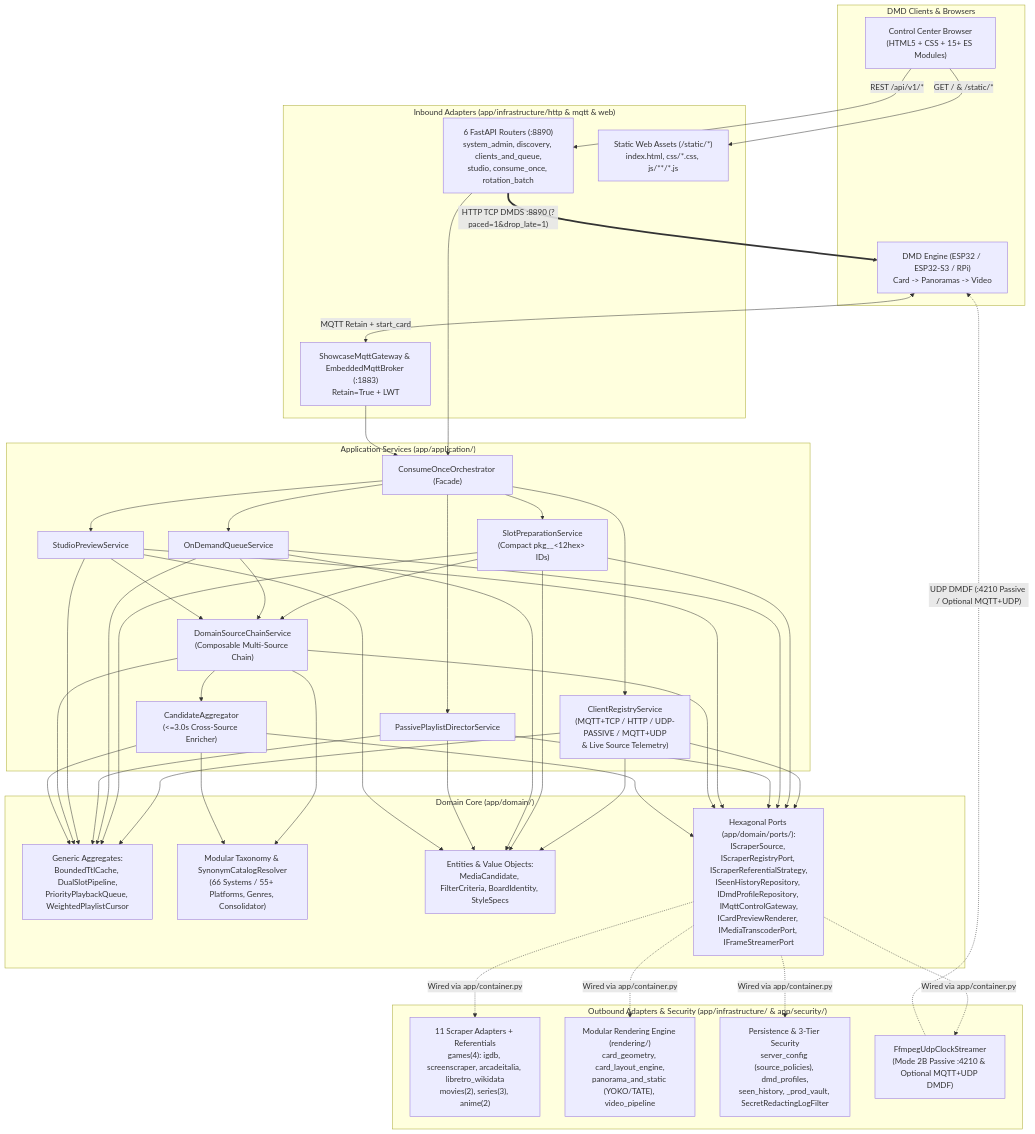
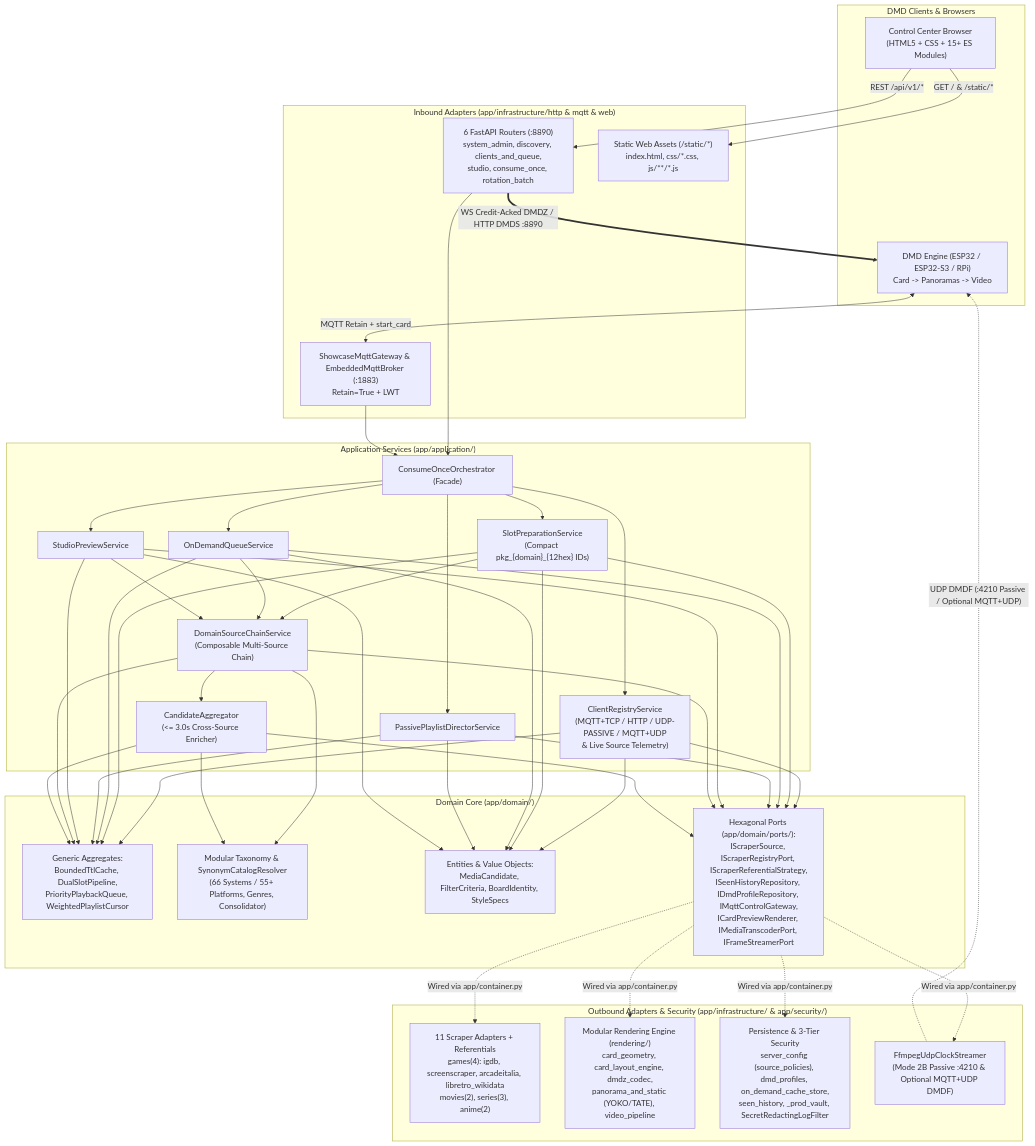
The first of 2 diagrams in docs/ARCHITECTURE.md (red77290/dmd_media_showcase), drawn with Mermaid before and after one commit. The commit also changed other lines of this file and 24 other files, not shown here.

Commit message:
docs(stream): document credit-acked DMDZ v1 WebSocket across OpenAPI, AsyncAPI, and trilingual guides

````diff
--- a/docs/ARCHITECTURE.md
+++ b/docs/ARCHITECTURE.md
@@ -18,52 +18,52 @@
 ```mermaid
 flowchart TD
     subgraph DMD["DMD Clients & Browsers"]
         BROWSER["Control Center Browser\n(HTML5 + CSS + 15+ ES Modules)"]
         ENG["DMD Engine (ESP32 / ESP32-S3 / RPi)\nCard -> Panoramas -> Video"]
     end
 
     subgraph INFRA_IN["Inbound Adapters (app/infrastructure/http & mqtt & web)"]
         ROUTERS["6 FastAPI Routers (:8890)\nsystem_admin, discovery, clients_and_queue,\nstudio, consume_once, rotation_batch"]
         STATIC["Static Web Assets (/static/*)\nindex.html, css/*.css, js/**/*.js"]
         MQTT["ShowcaseMqttGateway & EmbeddedMqttBroker (:1883)\nRetain=True + LWT"]
     end
 
     subgraph APP["Application Services (app/application/)"]
         ORCH["ConsumeOnceOrchestrator (Facade)"]
         REG_SVC["ClientRegistryService\n(MQTT+TCP / HTTP / UDP-PASSIVE / MQTT+UDP\n& Live Source Telemetry)"]
-        PREP_SVC["SlotPreparationService\n(Compact pkg_<domain>_<12hex> IDs)"]
+        PREP_SVC["SlotPreparationService\n(Compact pkg_{domain}_{12hex} IDs)"]
         QUEUE_SVC["OnDemandQueueService"]
         DIR_SVC["PassivePlaylistDirectorService"]
         STUDIO_SVC["StudioPreviewService"]
         CHAIN["DomainSourceChainService\n(Composable Multi-Source Chain)"]
-        AGG_SVC["CandidateAggregator\n(<=3.0s Cross-Source Enricher)"]
+        AGG_SVC["CandidateAggregator\n(<= 3.0s Cross-Source Enricher)"]
     end
 
     subgraph DOMAIN["Domain Core (app/domain/)"]
         AGG["Generic Aggregates:\nBoundedTtlCache, DualSlotPipeline,\nPriorityPlaybackQueue, WeightedPlaylistCursor"]
         TAX["Modular Taxonomy & SynonymCatalogResolver\n(66 Systems / 55+ Platforms, Genres, Consolidator)"]
         VO["Entities & Value Objects:\nMediaCandidate, FilterCriteria, BoardIdentity, StyleSpecs"]
         PORTS["Hexagonal Ports (app/domain/ports/):\nIScraperSource, IScraperRegistryPort, IScraperReferentialStrategy,\nISeenHistoryRepository, IDmdProfileRepository, IMqttControlGateway,\nICardPreviewRenderer, IMediaTranscoderPort, IFrameStreamerPort"]
     end
 
     subgraph INFRA_OUT["Outbound Adapters & Security (app/infrastructure/ & app/security/)"]
         SCRAPERS["11 Scraper Adapters + Referentials\ngames(4): igdb, screenscraper, arcadeitalia, libretro_wikidata\nmovies(2), series(3), anime(2)"]
-        RENDER["Modular Rendering Engine (rendering/)\ncard_geometry, card_layout_engine,\npanorama_and_static (YOKO/TATE), video_pipeline"]
-        PERSIST["Persistence & 3-Tier Security\nserver_config (source_policies), dmd_profiles,\nseen_history, _prod_vault, SecretRedactingLogFilter"]
+        RENDER["Modular Rendering Engine (rendering/)\ncard_geometry, card_layout_engine, dmdz_codec,\npanorama_and_static (YOKO/TATE), video_pipeline"]
+        PERSIST["Persistence & 3-Tier Security\nserver_config (source_policies), dmd_profiles, on_demand_cache_store,\nseen_history, _prod_vault, SecretRedactingLogFilter"]
         UDP["FfmpegUdpClockStreamer\n(Mode 2B Passive :4210 & Optional MQTT+UDP DMDF)"]
     end
 
     BROWSER -->|"GET / & /static/*"| STATIC
     BROWSER -->|"REST /api/v1/*"| ROUTERS
     ENG <-->|"MQTT Retain + start_card"| MQTT
-    ROUTERS ==>|"HTTP TCP DMDS :8890 (?paced=1&drop_late=1)"| ENG
+    ROUTERS ==>|"WS Credit-Acked DMDZ / HTTP DMDS :8890"| ENG
     ROUTERS --> ORCH
     MQTT --> ORCH
     ORCH --> REG_SVC & PREP_SVC & QUEUE_SVC & DIR_SVC & STUDIO_SVC
     PREP_SVC & QUEUE_SVC & STUDIO_SVC --> CHAIN
     CHAIN --> AGG_SVC
     REG_SVC & PREP_SVC & QUEUE_SVC & DIR_SVC & STUDIO_SVC --> AGG & VO & PORTS
     CHAIN & AGG_SVC --> TAX & AGG & PORTS
     PORTS -.->|"Wired via app/container.py"| SCRAPERS & RENDER & PERSIST & UDP
     UDP -.->|"UDP DMDF (:4210 Passive / Optional MQTT+UDP)"| ENG
 ```
````
